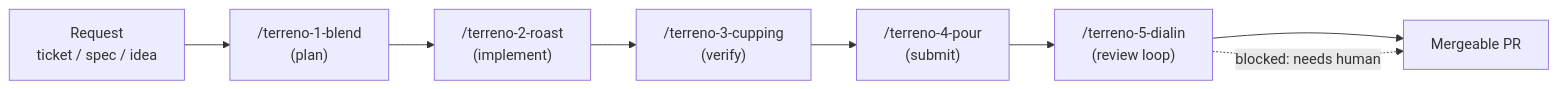
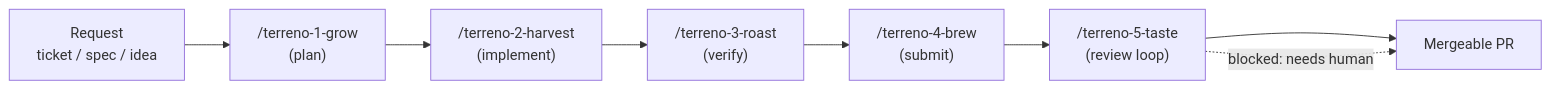
Before and after one commit to FlourishHealth/terreno: the diagram in docs/implementationPlans/agentic-sdlc-plugin.md, drawn with Mermaid. The commit also changed other lines of this file and 13 other files, not shown here.

````diff
--- a/docs/implementationPlans/agentic-sdlc-plugin.md
+++ b/docs/implementationPlans/agentic-sdlc-plugin.md
@@ -43,12 +55,12 @@
 ```mermaid
 flowchart LR
   REQ["Request<br/>ticket / spec / idea"]
-  B["/terreno-1-blend<br/>(plan)"]
-  R["/terreno-2-roast<br/>(implement)"]
-  C["/terreno-3-cupping<br/>(verify)"]
-  P["/terreno-4-pour<br/>(submit)"]
-  D["/terreno-5-dialin<br/>(review loop)"]
+  G["/terreno-1-grow<br/>(plan)"]
+  H["/terreno-2-harvest<br/>(implement)"]
+  R["/terreno-3-roast<br/>(verify)"]
+  B["/terreno-4-brew<br/>(submit)"]
+  T["/terreno-5-taste<br/>(review loop)"]
   M["Mergeable PR"]
-  REQ --> B --> R --> C --> P --> D --> M
-  D -.->|"blocked: needs human"| M
+  REQ --> G --> H --> R --> B --> T --> M
+  T -.->|"blocked: needs human"| M
 ```
````
